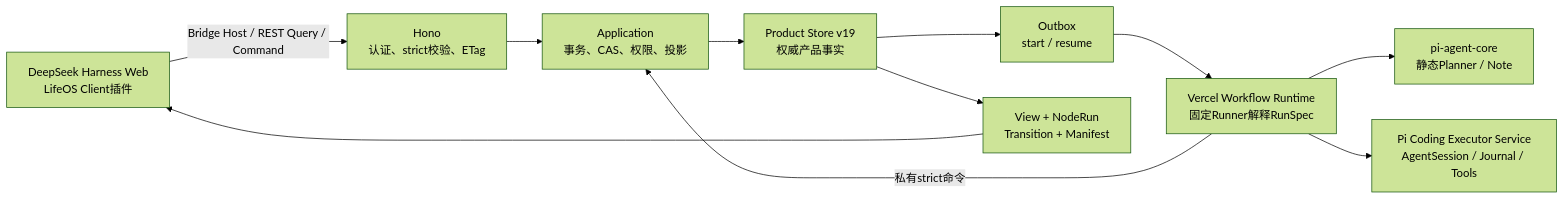
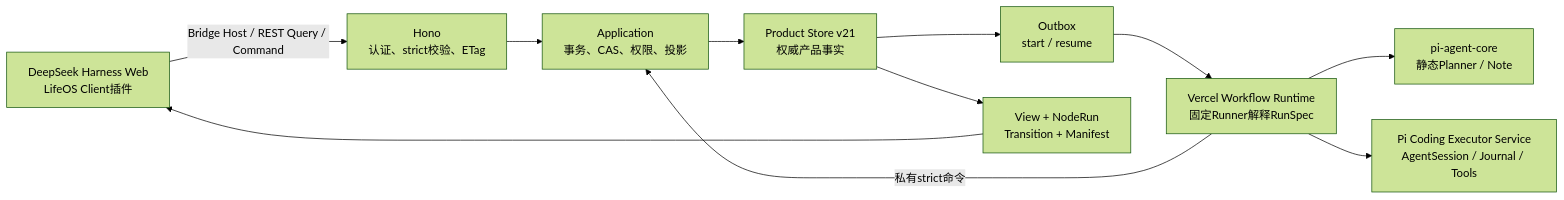
One commit to later-3/Chat changed the diagram in docs/architecture/configurable-workflow-as-built.md. Above: the diagram before and after it, drawn with Mermaid (forest theme). The commit also changed other lines of this file and 118 other files, not shown here.

````diff
--- a/docs/architecture/configurable-workflow-as-built.md
+++ b/docs/architecture/configurable-workflow-as-built.md
@@ -30,13 +30,13 @@
 ```mermaid
 flowchart LR
   UI["DeepSeek Harness Web\nLifeOS Client插件"] -->|"Bridge Host / REST Query / Command"| API["Hono\n认证、strict校验、ETag"]
   API --> APP["Application\n事务、CAS、权限、投影"]
-  APP --> STORE["Product Store v19\n权威产品事实"]
+  APP --> STORE["Product Store v21\n权威产品事实"]
   STORE --> OUTBOX["Outbox\nstart / resume"]
   OUTBOX --> RUNTIME["Vercel Workflow Runtime\n固定Runner解释RunSpec"]
   RUNTIME -->|"私有strict命令"| APP
   RUNTIME --> PI["pi-agent-core\n静态Planner / Note"]
   RUNTIME --> EXECUTOR["Pi Coding Executor Service\nAgentSession / Journal / Tools"]
   STORE --> VIEW["View + NodeRun\nTransition + Manifest"]
   VIEW --> UI
 ```
````
